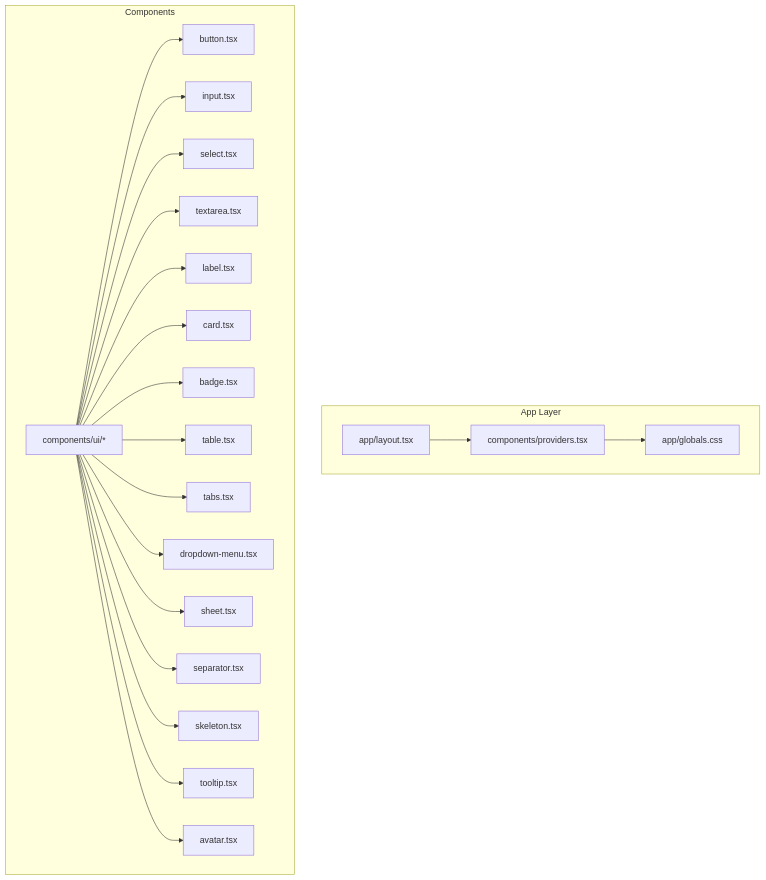
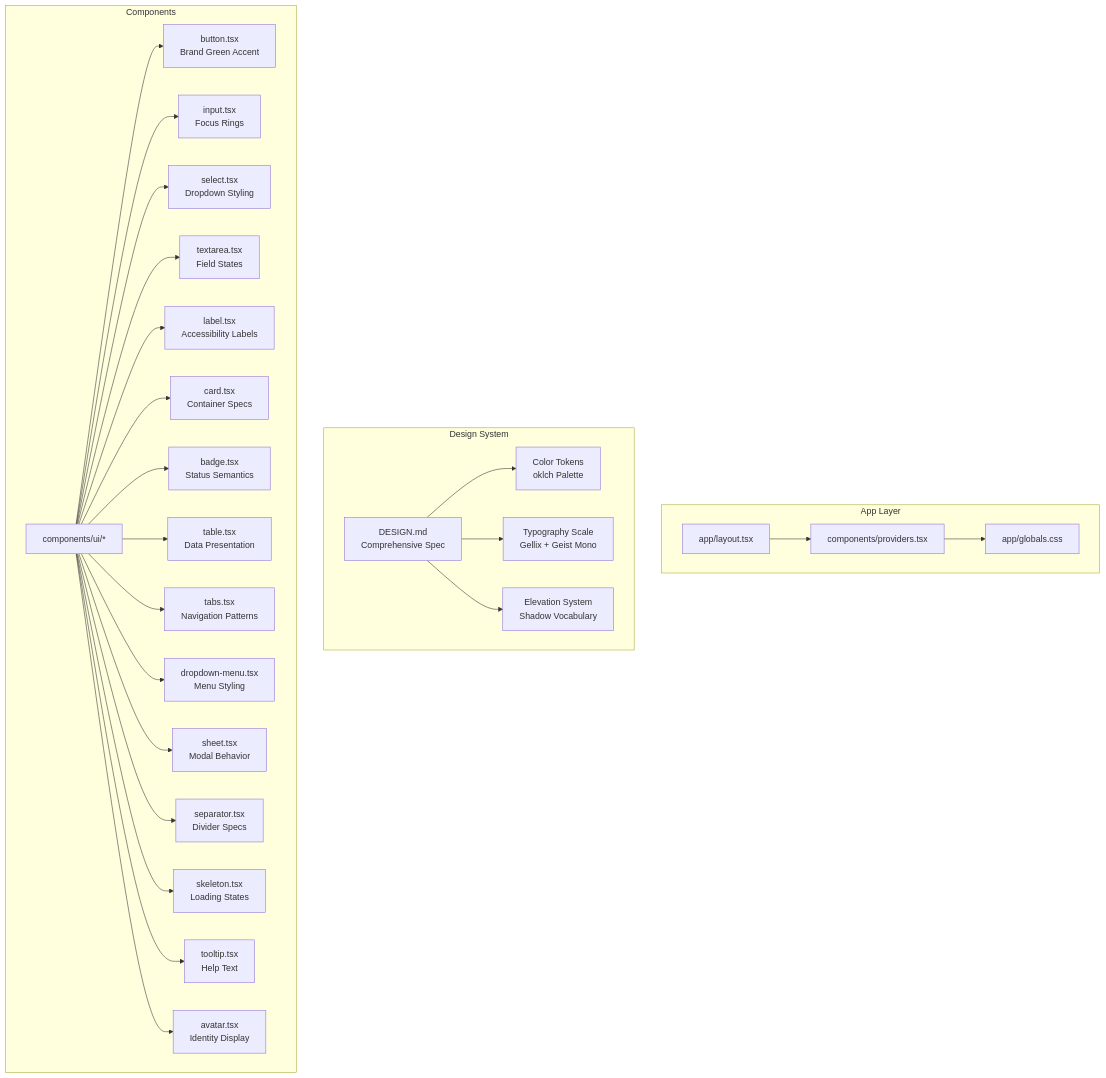
One commit to userisaziz/samaa-ai changed the first of 18 diagrams in .qoder/repowiki/en/content/Frontend Application/UI Component Library & Design System.md. Above: the diagram before and after it, drawn with Mermaid. The commit also changed other lines of this file and 108 other files, not shown here.

````diff
--- a/.qoder/repowiki/en/content/Frontend Application/UI Component Library & Design System.md
+++ b/.qoder/repowiki/en/content/Frontend Application/UI Component Library & Design System.md
@@ -44,43 +223,52 @@
 ```mermaid
 graph TB
 subgraph "App Layer"
 LAYOUT["app/layout.tsx"]
 PROVIDERS["components/providers.tsx"]
 GLOBALS["app/globals.css"]
 end
+subgraph "Design System"
+DESIGN["DESIGN.md<br/>Comprehensive Spec"]
+COLORS["Color Tokens<br/>oklch Palette"]
+TYPOGRAPHY["Typography Scale<br/>Gellix + Geist Mono"]
+ELEVATION["Elevation System<br/>Shadow Vocabulary"]
+end
 subgraph "Components"
 UI_DIR["components/ui/*"]
-BUTTON["button.tsx"]
-INPUT["input.tsx"]
-SELECT["select.tsx"]
-TEXTAREA["textarea.tsx"]
-LABEL["label.tsx"]
-CARD["card.tsx"]
-BADGE["badge.tsx"]
-TABLE["table.tsx"]
-TABS["tabs.tsx"]
-DROPDOWN["dropdown-menu.tsx"]
-SHEET["sheet.tsx"]
-SEPARATOR["separator.tsx"]
-SKELETON["skeleton.tsx"]
-TOOLTIP["tooltip.tsx"]
-AVATAR["avatar.tsx"]
+BUTTON["button.tsx<br/>Brand Green Accent"]
+INPUT["input.tsx<br/>Focus Rings"]
+SELECT["select.tsx<br/>Dropdown Styling"]
+TEXTAREA["textarea.tsx<br/>Field States"]
+LABEL["label.tsx<br/>Accessibility Labels"]
+CARD["card.tsx<br/>Container Specs"]
+BADGE["badge.tsx<br/>Status Semantics"]
+TABLE["table.tsx<br/>Data Presentation"]
+TABS["tabs.tsx<br/>Navigation Patterns"]
+DROPDOWN["dropdown-menu.tsx<br/>Menu Styling"]
+SHEET["sheet.tsx<br/>Modal Behavior"]
+SEPARATOR["separator.tsx<br/>Divider Specs"]
+SKELETON["skeleton.tsx<br/>Loading States"]
+TOOLTIP["tooltip.tsx<br/>Help Text"]
+AVATAR["avatar.tsx<br/>Identity Display"]
 end
 LAYOUT --> PROVIDERS
 PROVIDERS --> GLOBALS
+DESIGN --> COLORS
+DESIGN --> TYPOGRAPHY
+DESIGN --> ELEVATION
 UI_DIR --> BUTTON
 UI_DIR --> INPUT
 UI_DIR --> SELECT
 UI_DIR --> TEXTAREA
 UI_DIR --> LABEL
 UI_DIR --> CARD
 UI_DIR --> BADGE
 UI_DIR --> TABLE
 UI_DIR --> TABS
 UI_DIR --> DROPDOWN
 UI_DIR --> SHEET
 UI_DIR --> SEPARATOR
 UI_DIR --> SKELETON
 UI_DIR --> TOOLTIP
 UI_DIR --> AVATAR
 ```
````
